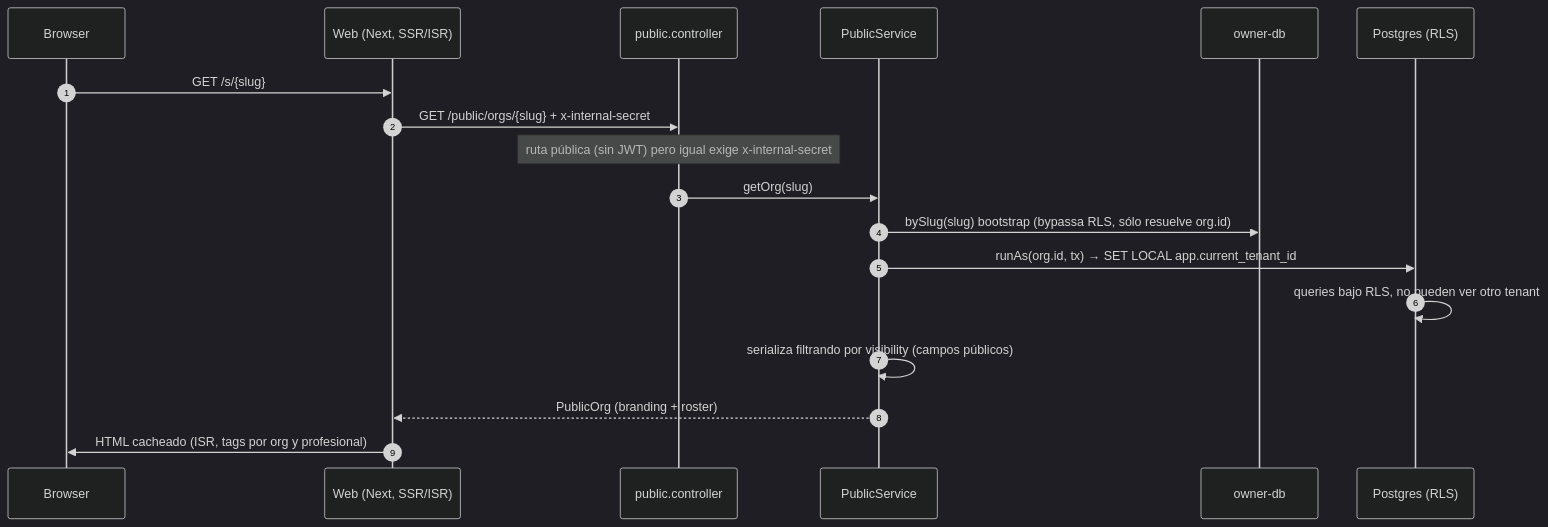
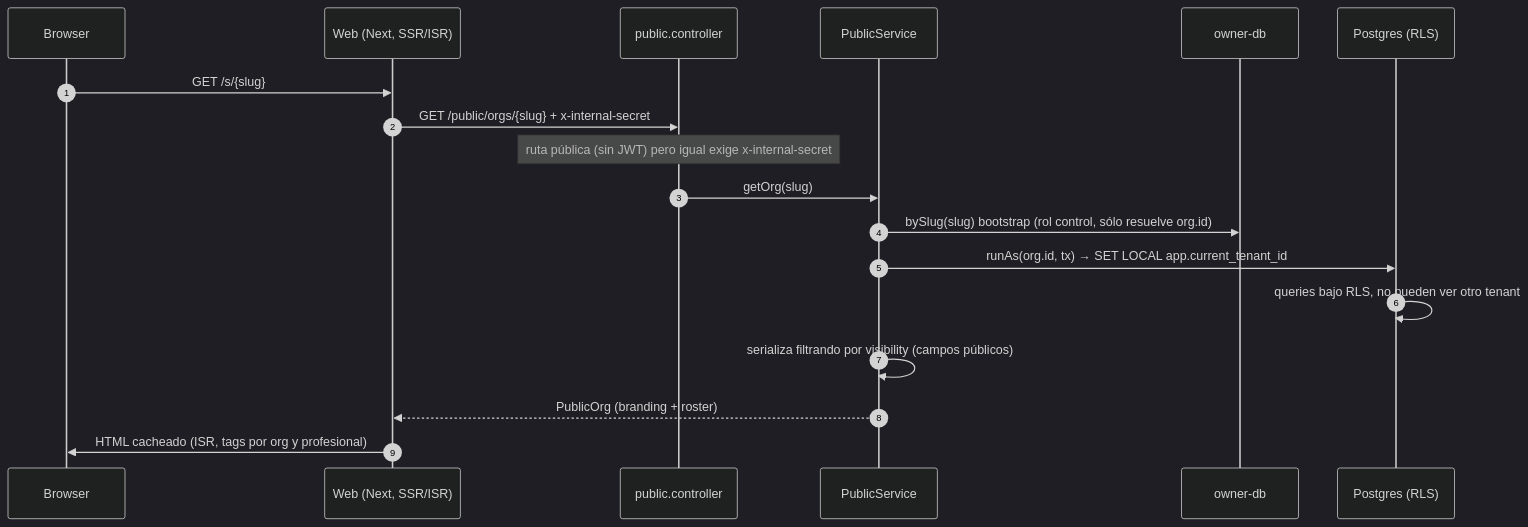
Before and after one commit to nebu-fhnatiuk/nutreitor: the first of 2 diagrams in docs/flows/public-profiles.md, drawn with Mermaid (dark theme). The commit also changed other lines of this file and 29 other files, not shown here.

First line of the commit message:
KAN-88 feat(db): plano de control con rol propio, sin superusuario

````diff
--- a/docs/flows/public-profiles.md
+++ b/docs/flows/public-profiles.md
@@ -19,21 +19,21 @@
 ```mermaid
 sequenceDiagram
   autonumber
   participant B as Browser
   participant W as Web (Next, SSR/ISR)
   participant API as public.controller
   participant SVC as PublicService
   participant O as owner-db
   participant T as Postgres (RLS)
 
   B->>W: GET /s/{slug}
   W->>API: GET /public/orgs/{slug} + x-internal-secret
   Note over API: ruta pública (sin JWT) pero igual exige x-internal-secret
   API->>SVC: getOrg(slug)
-  SVC->>O: bySlug(slug) bootstrap (bypassa RLS, sólo resuelve org.id)
+  SVC->>O: bySlug(slug) bootstrap (rol control, sólo resuelve org.id)
   SVC->>T: runAs(org.id, tx) → SET LOCAL app.current_tenant_id
   T->>T: queries bajo RLS, no pueden ver otro tenant
   SVC->>SVC: serializa filtrando por visibility (campos públicos)
   SVC-->>W: PublicOrg (branding + roster)
   W->>B: HTML cacheado (ISR, tags por org y profesional)
 ```
````
